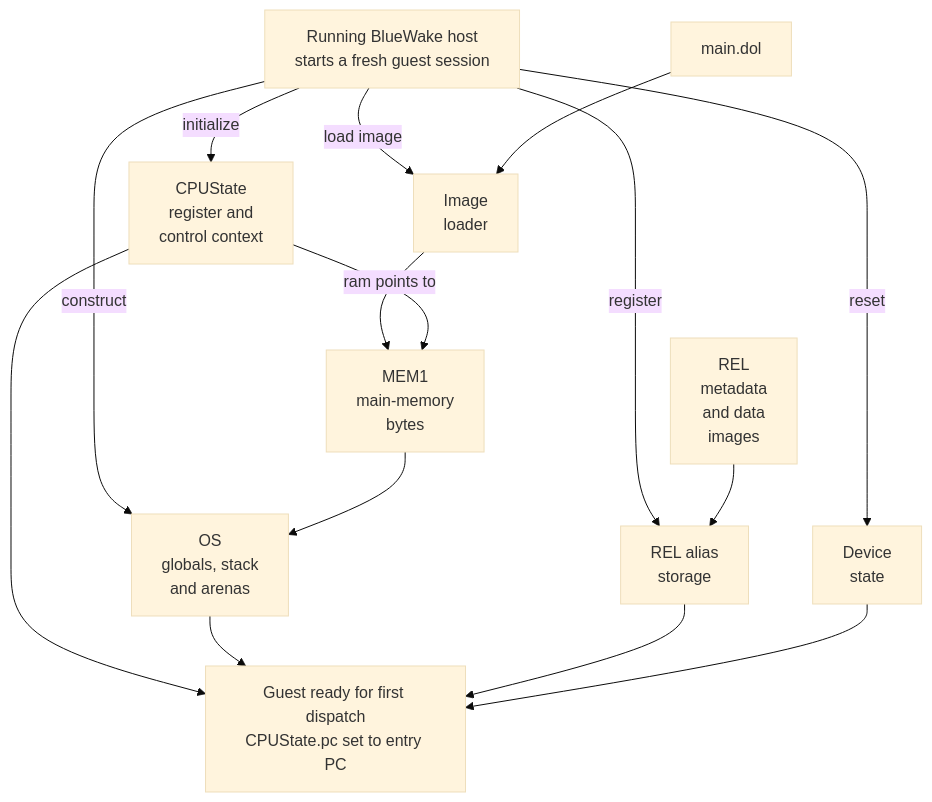
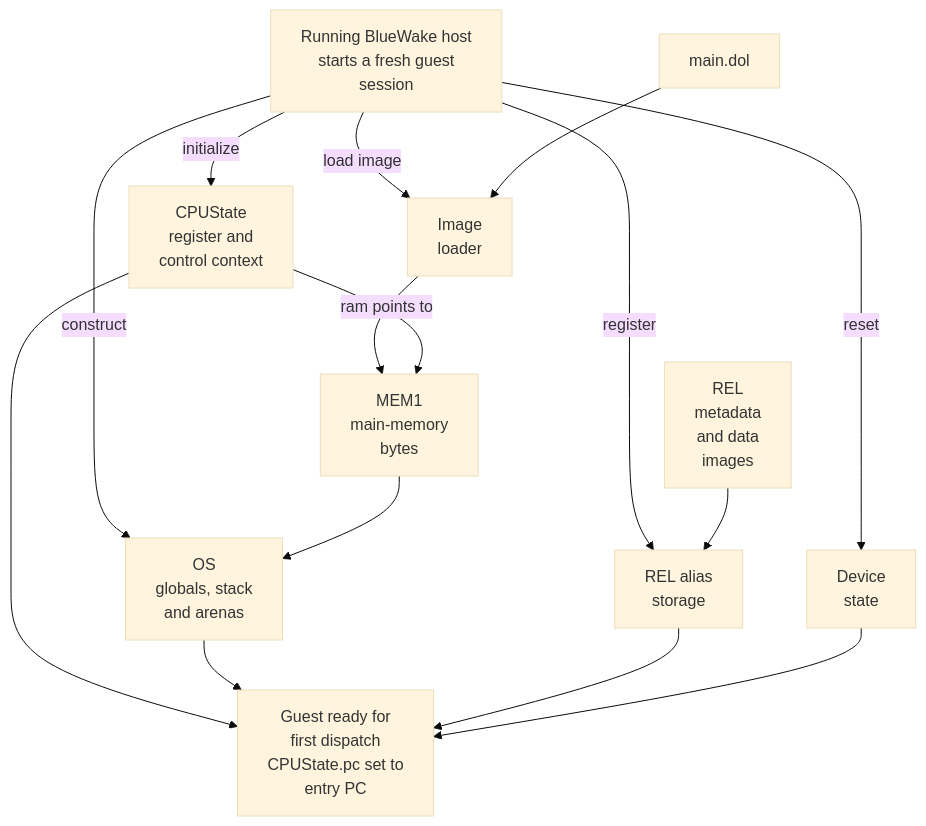
One commit to Aelbannan/boat_of_daphnes changed the seventh of 8 diagrams in docs/architecture/GuestState.md. Above: the diagram before and after it, drawn with Mermaid (base theme). The commit also changed other lines of this file and 7 other files, not shown here.

Commit message:
Wrap Mermaid diagram labels

````diff
--- a/docs/architecture/GuestState.md
+++ b/docs/architecture/GuestState.md
@@ -653,41 +656,44 @@
 ```mermaid
 flowchart TD
     Host["`Running BlueWake host
-starts a fresh guest session`"]
+starts a fresh guest
+session`"]
     DOL["main.dol"]
     REL["`REL
 metadata
 and data
 images`"]
     Loader["`Image
 loader`"]
     CPU["`CPUState
 register and
 control context`"]
     MEM1["`MEM1
 main-memory
 bytes`"]
     Aliases["`REL alias
 storage`"]
     OS["`OS
 globals, stack
 and arenas`"]
     Devices["`Device
 state`"]
-    Ready["`Guest ready for first dispatch
-CPUState.pc set to entry PC`"]
+    Ready["`Guest ready for
+first dispatch
+CPUState.pc set to
+entry PC`"]
 
     Host -->|"initialize"| CPU
     Host -->|"load image"| Loader
     Host -->|"register"| Aliases
     Host -->|"construct"| OS
     Host -->|"reset"| Devices
     DOL --> Loader --> MEM1
     REL --> Aliases
     CPU -->|"`ram points to`"| MEM1
     MEM1 --> OS
     CPU --> Ready
     OS --> Ready
     Aliases --> Ready
     Devices --> Ready
 ```
````
